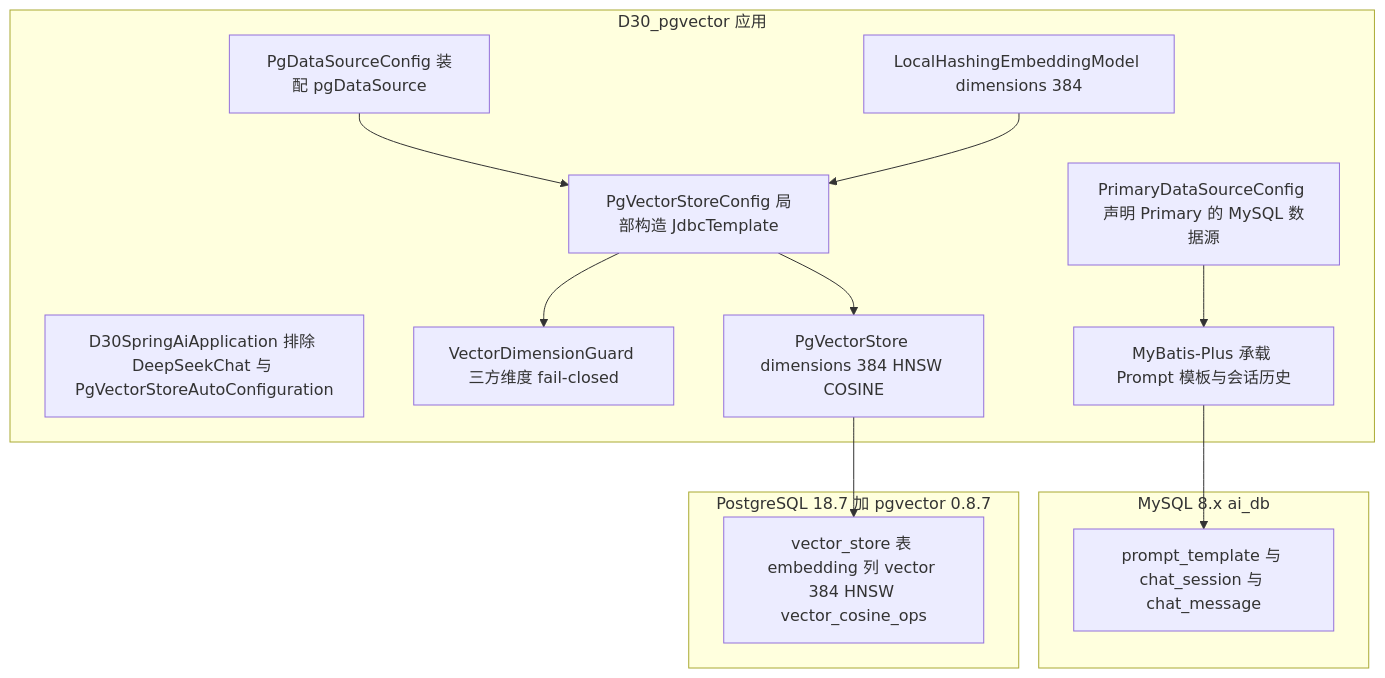
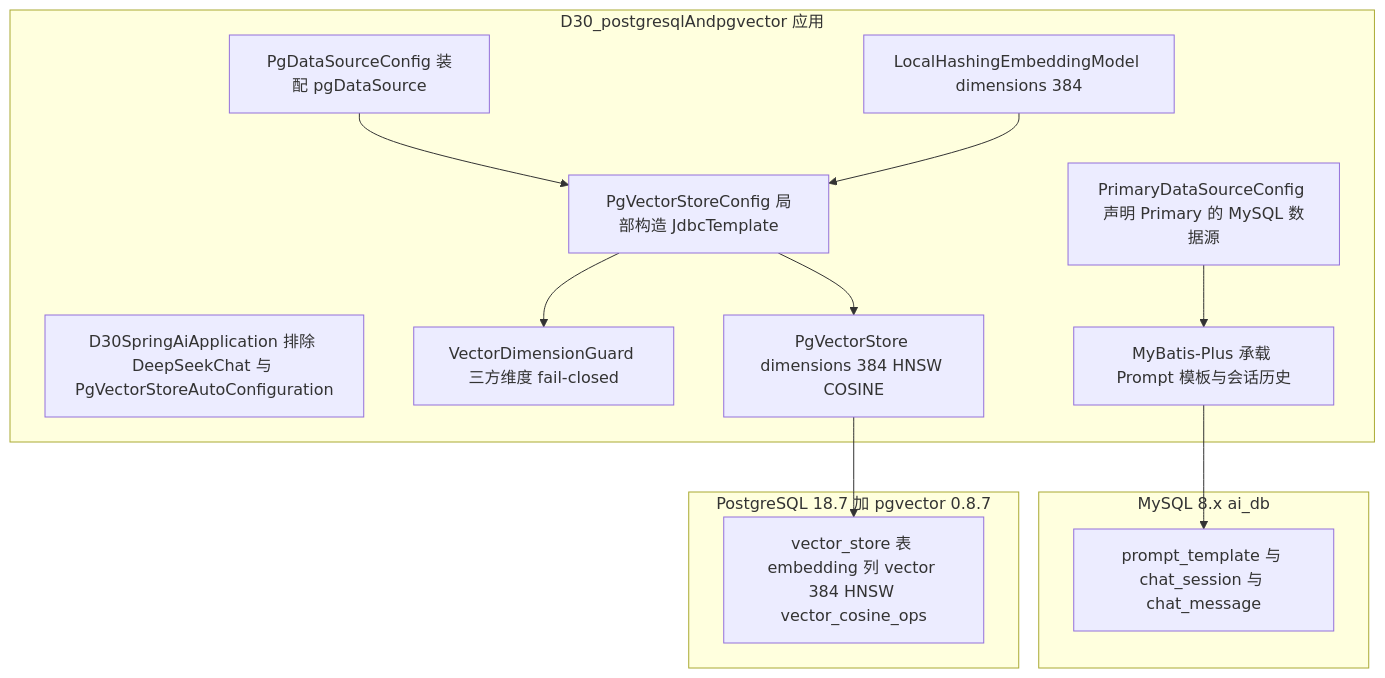
One commit to storyzhangli/M3-Java-GPT-DB changed the first of 2 diagrams in docs/proj_docs/D30-01_PG配置与向量维度384迭代实施全记录.md. Above: the diagram before and after it, drawn with Mermaid. The commit also changed other lines of this file and 11 other files, not shown here.

````diff
--- a/docs/proj_docs/D30-01_PG配置与向量维度384迭代实施全记录.md
+++ b/docs/proj_docs/D30-01_PG配置与向量维度384迭代实施全记录.md
@@ -121,29 +121,29 @@
 ```mermaid
 graph TD
-    subgraph APP["D30_pgvector 应用"]
+    subgraph APP["D30_postgresqlAndpgvector 应用"]
         MAIN["D30SpringAiApplication 排除 DeepSeekChat 与 PgVectorStoreAutoConfiguration"]
         MYSQLCFG["PrimaryDataSourceConfig 声明 Primary 的 MySQL 数据源"]
         PGCFG["PgDataSourceConfig 装配 pgDataSource"]
         GUARD["VectorDimensionGuard 三方维度 fail-closed"]
         VSCFG["PgVectorStoreConfig 局部构造 JdbcTemplate"]
         VS["PgVectorStore dimensions 384 HNSW COSINE"]
         MP["MyBatis-Plus 承载 Prompt 模板与会话历史"]
         EMB["LocalHashingEmbeddingModel dimensions 384"]
     end
 
     subgraph MYSQL["MySQL 8.x ai_db"]
         T1["prompt_template 与 chat_session 与 chat_message"]
     end
 
     subgraph PG["PostgreSQL 18.7 加 pgvector 0.8.7"]
         T2["vector_store 表 embedding 列 vector 384 HNSW vector_cosine_ops"]
     end
 
     MYSQLCFG --> MP
     MP --> T1
     PGCFG --> VSCFG
     VSCFG --> GUARD
     VSCFG --> VS
     EMB --> VSCFG
     VS --> T2
 ```
````
